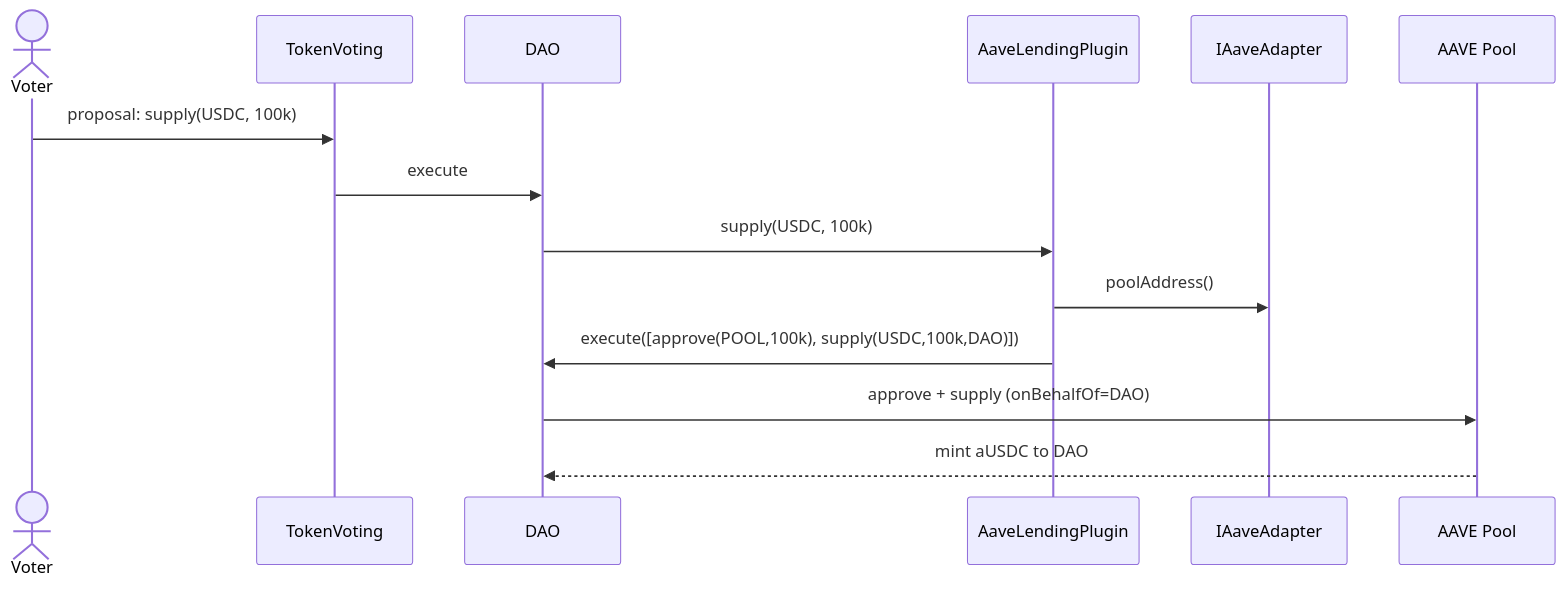
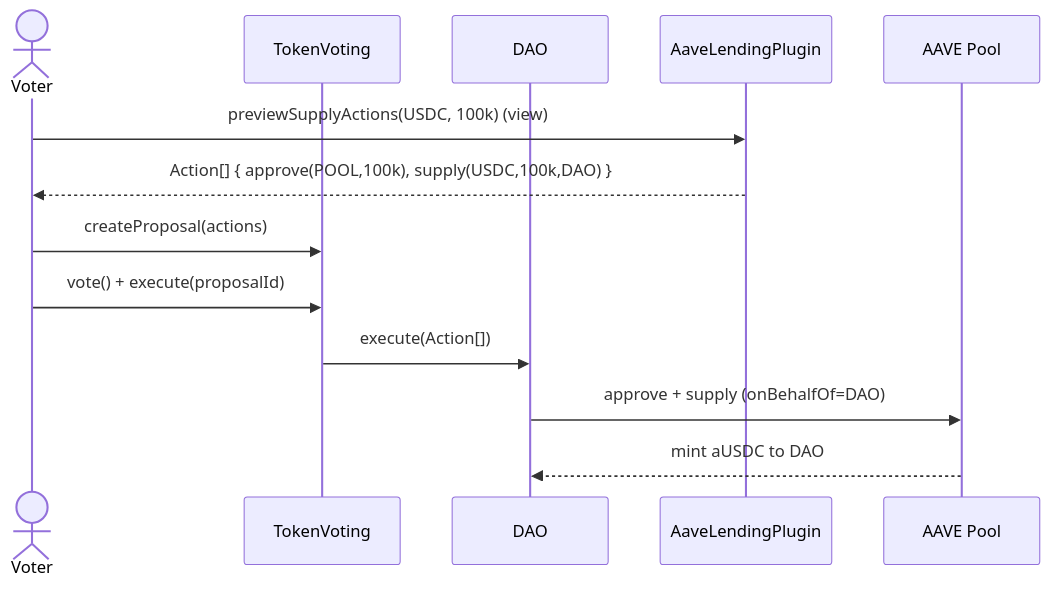
One commit to CyberdyneCorp/cyberdyne_dao_contracts changed the fifth of 11 diagrams in README.md. Above: the diagram before and after it, drawn with Mermaid. The commit also changed other lines of this file and 7 other files, not shown here.

First line of the commit message:
docs: close gap audit; restructure ROADMAP Phase 13 as v1.1 backlog

````diff
--- a/README.md
+++ b/README.md
@@ -132,17 +186,16 @@
 ```mermaid
 sequenceDiagram
     actor V as Voter
     participant TV as TokenVoting
     participant D as DAO
     participant AAVE as AaveLendingPlugin
-    participant ADP as IAaveAdapter
     participant POOL as AAVE Pool
 
-    V->>TV: proposal: supply(USDC, 100k)
-    TV->>D: execute
-    D->>AAVE: supply(USDC, 100k)
-    AAVE->>ADP: poolAddress()
-    AAVE->>D: execute([approve(POOL,100k), supply(USDC,100k,DAO)])
+    V->>AAVE: previewSupplyActions(USDC, 100k) (view)
+    AAVE-->>V: Action[] { approve(POOL,100k), supply(USDC,100k,DAO) }
+    V->>TV: createProposal(actions)
+    V->>TV: vote() + execute(proposalId)
+    TV->>D: execute(Action[])
     D->>POOL: approve + supply (onBehalfOf=DAO)
     POOL-->>D: mint aUSDC to DAO
 ```
````
